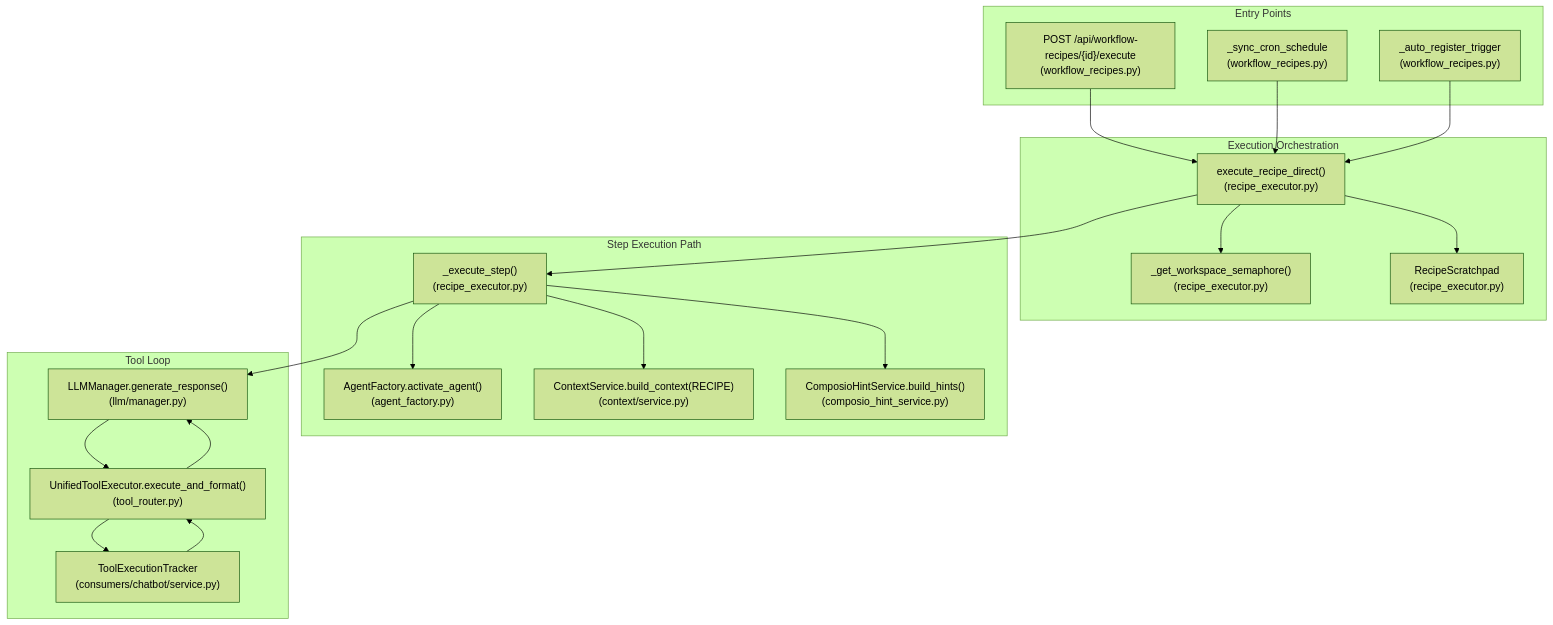
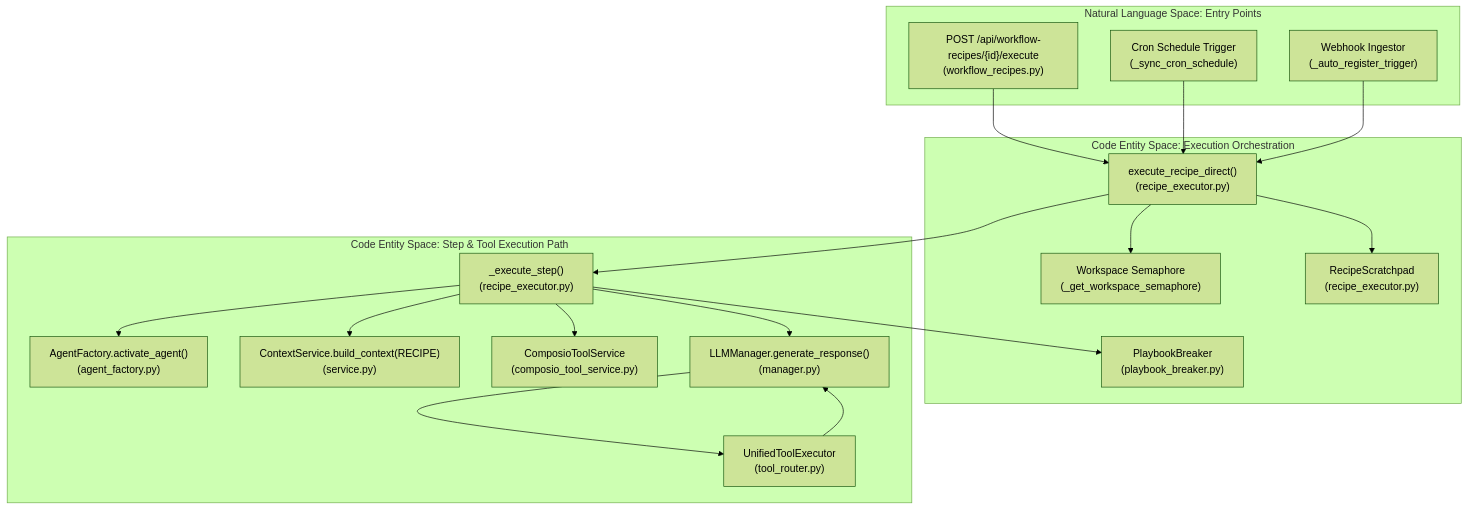
Before and after one commit to AutomatosAI/automatos-ai: the first of 2 diagrams in docs/workflows-recipes/recipe-execution-engine.md, drawn with Mermaid (forest theme). The commit also changed other lines of this file and 191 other files, not shown here.

````diff
--- a/docs/workflows-recipes/recipe-execution-engine.md
+++ b/docs/workflows-recipes/recipe-execution-engine.md
@@ -37,45 +57,41 @@
 ```mermaid
 graph TB
-    subgraph "Entry Points"
+    subgraph "Natural Language Space: Entry Points"
         API["POST /api/workflow-recipes/{id}/execute<br/>(workflow_recipes.py)"]
-        Cron["_sync_cron_schedule<br/>(workflow_recipes.py)"]
-        Webhook["_auto_register_trigger<br/>(workflow_recipes.py)"]
+        Cron["Cron Schedule Trigger<br/>(_sync_cron_schedule)"]
+        Webhook["Webhook Ingestor<br/>(_auto_register_trigger)"]
     end
     
-    subgraph "Execution Orchestration"
+    subgraph "Code Entity Space: Execution Orchestration"
         DirectExec["execute_recipe_direct()<br/>(recipe_executor.py)"]
-        Semaphore["_get_workspace_semaphore()<br/>(recipe_executor.py)"]
+        Semaphore["Workspace Semaphore<br/>(_get_workspace_semaphore)"]
         Scratchpad["RecipeScratchpad<br/>(recipe_executor.py)"]
+        Breaker["PlaybookBreaker<br/>(playbook_breaker.py)"]
     end
     
-    subgraph "Step Execution Path"
+    subgraph "Code Entity Space: Step & Tool Execution Path"
         StepFunc["_execute_step()<br/>(recipe_executor.py)"]
         Factory["AgentFactory.activate_agent()<br/>(agent_factory.py)"]
-        CtxSvc["ContextService.build_context(RECIPE)<br/>(context/service.py)"]
-        HintSvc["ComposioHintService.build_hints()<br/>(composio_hint_service.py)"]
-    end
-    
-    subgraph "Tool Loop"
-        LLM["LLMManager.generate_response()<br/>(llm/manager.py)"]
-        Router["UnifiedToolExecutor.execute_and_format()<br/>(tool_router.py)"]
-        Tracker["ToolExecutionTracker<br/>(consumers/chatbot/service.py)"]
+        CtxSvc["ContextService.build_context(RECIPE)<br/>(service.py)"]
+        ToolSvc["ComposioToolService<br/>(composio_tool_service.py)"]
+        LLM["LLMManager.generate_response()<br/>(manager.py)"]
+        Router["UnifiedToolExecutor<br/>(tool_router.py)"]
     end
     
     API --> DirectExec
     Cron --> DirectExec
     Webhook --> DirectExec
     
     DirectExec --> Semaphore
     DirectExec --> Scratchpad
     DirectExec --> StepFunc
     
+    StepFunc --> Breaker
     StepFunc --> Factory
     StepFunc --> CtxSvc
-    StepFunc --> HintSvc
+    StepFunc --> ToolSvc
     
     StepFunc --> LLM
     LLM --> Router
-    Router --> Tracker
-    Tracker --> Router
     Router --> LLM
 ```
````
